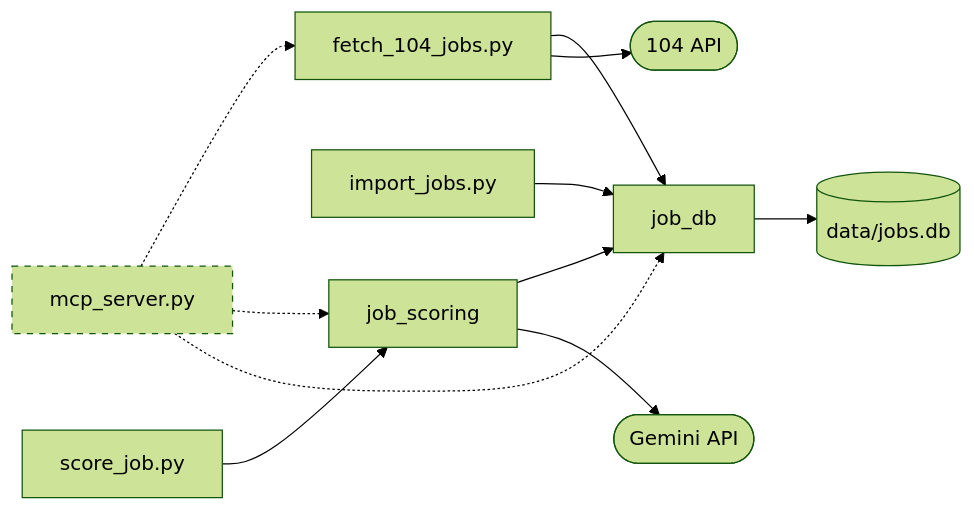
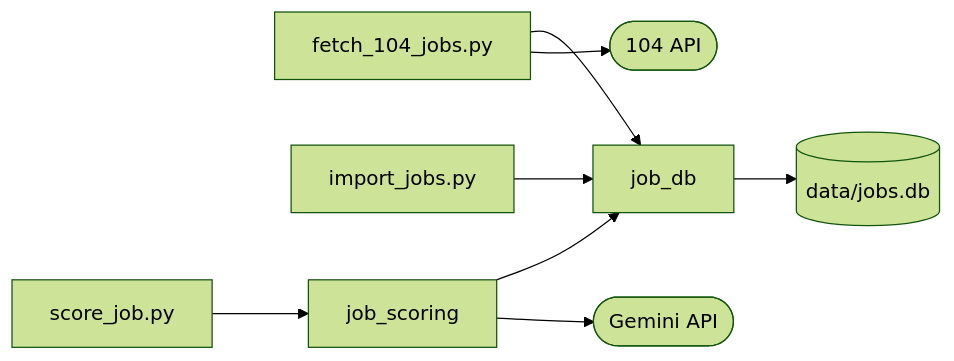
The diagram in docs/tech/architecture.md (dlhdb/job-matching), drawn with Mermaid (forest theme) before and after one commit. The commit also changed other lines of this file and 11 other files, not shown here.

First line of the commit message:
docs: 移除 mcp-server 功能文件與所有引用

````diff
--- a/docs/tech/architecture.md
+++ b/docs/tech/architecture.md
@@ -23,16 +18,10 @@
 ```mermaid
 flowchart LR
     fetch["fetch_104_jobs.py"] --> jobdb["job_db"]
     imp["import_jobs.py"] --> jobdb
     score["score_job.py"] --> scoring["job_scoring"]
     scoring --> jobdb
-    mcp["mcp_server.py"] -.-> fetch
-    mcp -.-> scoring
-    mcp -.-> jobdb
     jobdb --> db[("data/jobs.db")]
     fetch --> api104(["104 API"])
     scoring --> gemini(["Gemini API"])
-
-    classDef planned stroke-dasharray: 5 5
-    class mcp planned
 ```
````
